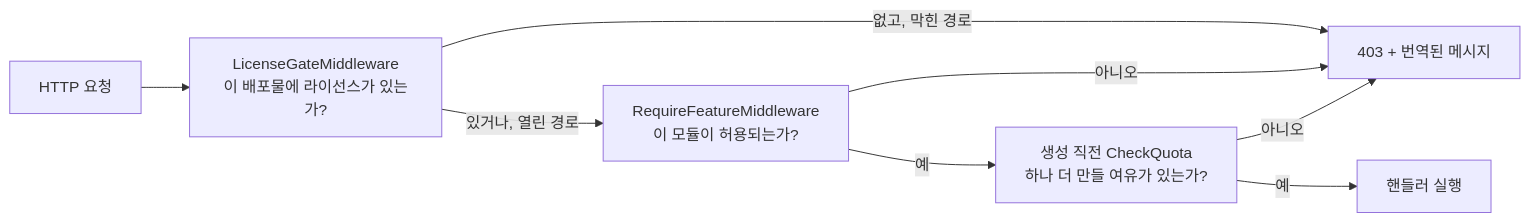
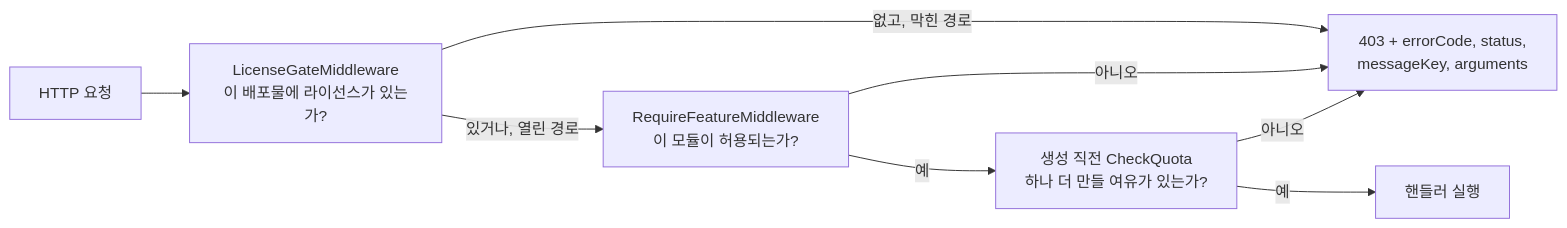
One commit to accesscore-dev/accesscore-license-sdk-dist changed the second of 2 diagrams in docs/manual/ko/go.md. Above: the diagram before and after it, drawn with Mermaid. The commit also changed other lines of this file and 28 other files, not shown here.

````diff
--- a/docs/manual/ko/go.md
+++ b/docs/manual/ko/go.md
@@ -140,10 +195,10 @@
 ```mermaid
 flowchart LR
     R[HTTP 요청] --> F[LicenseGateMiddleware<br/>이 배포물에 라이선스가 있는가?]
-    F -->|없고, 막힌 경로| X403[403 + 번역된 메시지]
+    F -->|없고, 막힌 경로| X403[403 + errorCode, status,<br/>messageKey, arguments]
     F -->|있거나, 열린 경로| A[RequireFeatureMiddleware<br/>이 모듈이 허용되는가?]
     A -->|아니오| X403
     A -->|예| Q[생성 직전 CheckQuota<br/>하나 더 만들 여유가 있는가?]
     Q -->|아니오| X403
     Q -->|예| H[핸들러 실행]
 ```
````
